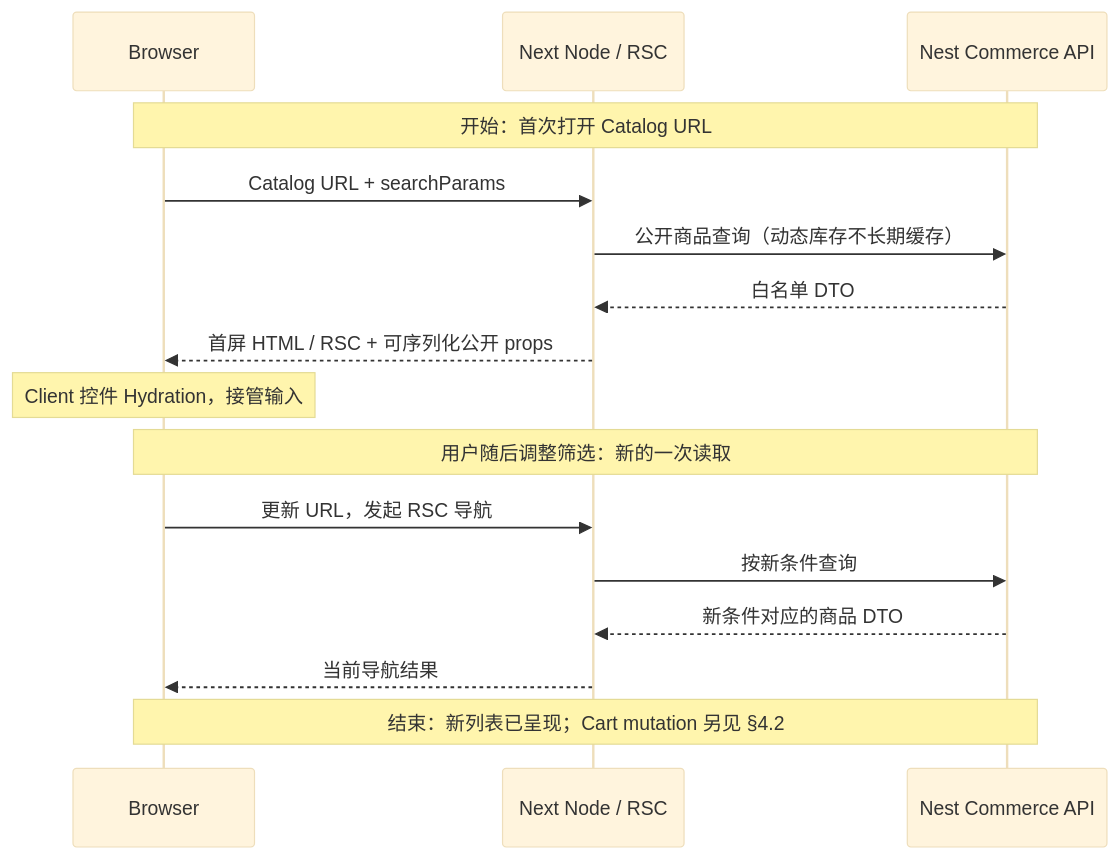
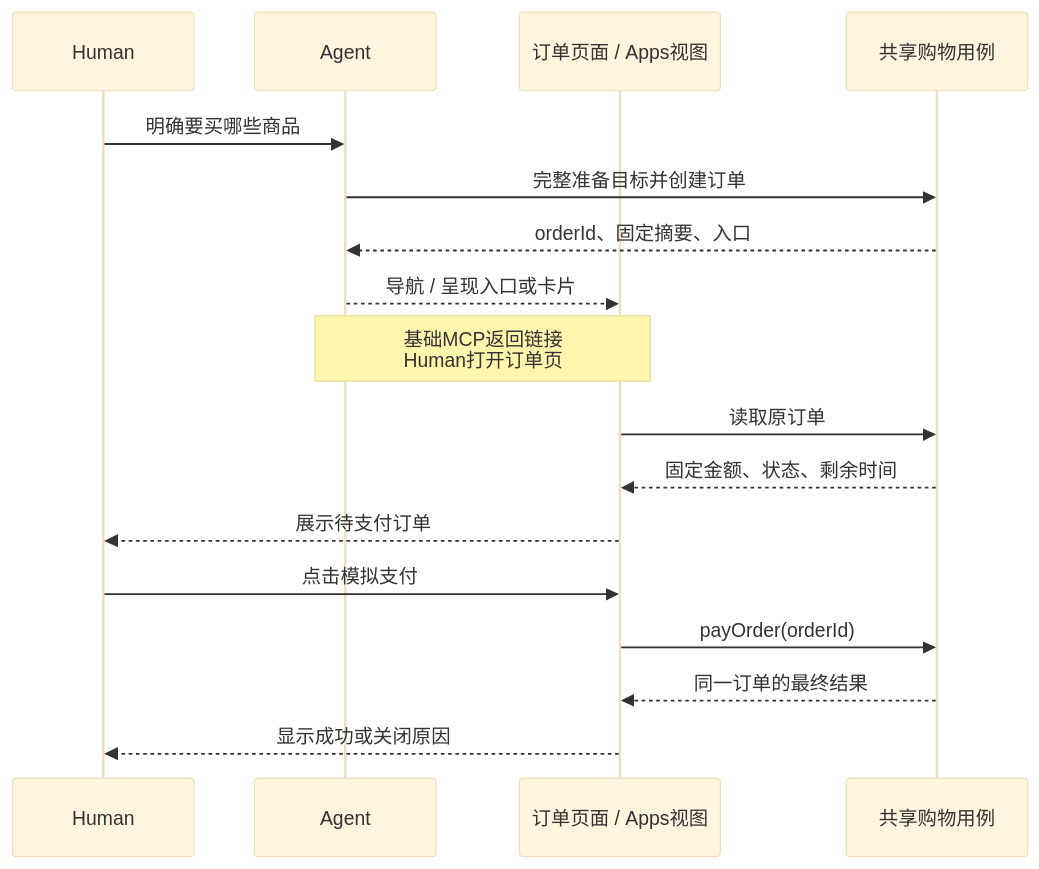
The second of 5 diagrams in docs/engineering/TECHNICAL_DESIGN.md (linshuohao/agent-ready-store), drawn with Mermaid (base theme) before and after one commit. The commit also changed other lines of this file and 12 other files, not shown here.

Commit message:
docs: consolidate order lifecycle design and architecture

````diff
--- a/docs/engineering/TECHNICAL_DESIGN.md
+++ b/docs/engineering/TECHNICAL_DESIGN.md
@@ -331,18 +52,19 @@
 ```mermaid
 sequenceDiagram
-    participant B as Browser
-    participant N as Next Node / RSC
-    participant A as Nest Commerce API
-    Note over B,A: 开始：首次打开 Catalog URL
-    B->>N: Catalog URL + searchParams
-    N->>A: 公开商品查询（动态库存不长期缓存）
-    A-->>N: 白名单 DTO
-    N-->>B: 首屏 HTML / RSC + 可序列化公开 props
-    Note over B: Client 控件 Hydration，接管输入
-    Note over B,A: 用户随后调整筛选：新的一次读取
-    B->>N: 更新 URL，发起 RSC 导航
-    N->>A: 按新条件查询
-    A-->>N: 新条件对应的商品 DTO
-    N-->>B: 当前导航结果
-    Note over B,A: 结束：新列表已呈现；Cart mutation 另见 §4.2
+    participant H as Human
+    participant A as Agent
+    participant U as 订单页面 / Apps视图
+    participant C as 共享购物用例
+    H->>A: 明确要买哪些商品
+    A->>C: 完整准备目标并创建订单
+    C-->>A: orderId、固定摘要、入口
+    A-->>U: 导航 / 呈现入口或卡片
+    Note over A,U: 基础MCP返回链接<br/>Human打开订单页
+    U->>C: 读取原订单
+    C-->>U: 固定金额、状态、剩余时间
+    U-->>H: 展示待支付订单
+    H->>U: 点击模拟支付
+    U->>C: payOrder(orderId)
+    C-->>U: 同一订单的最终结果
+    U-->>H: 显示成功或关闭原因
 ```
````
